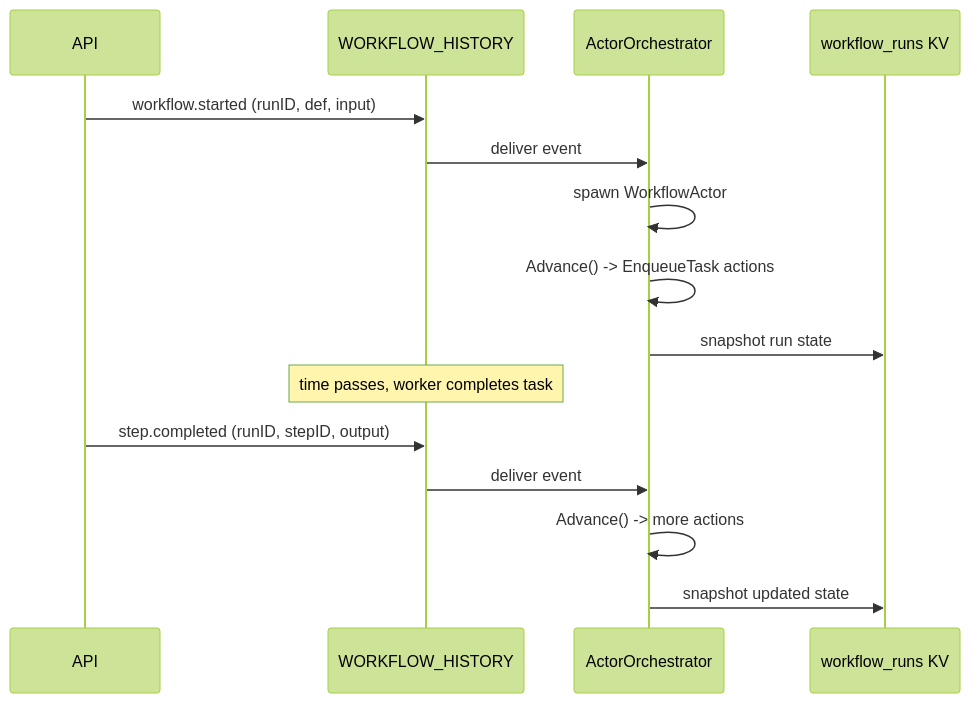
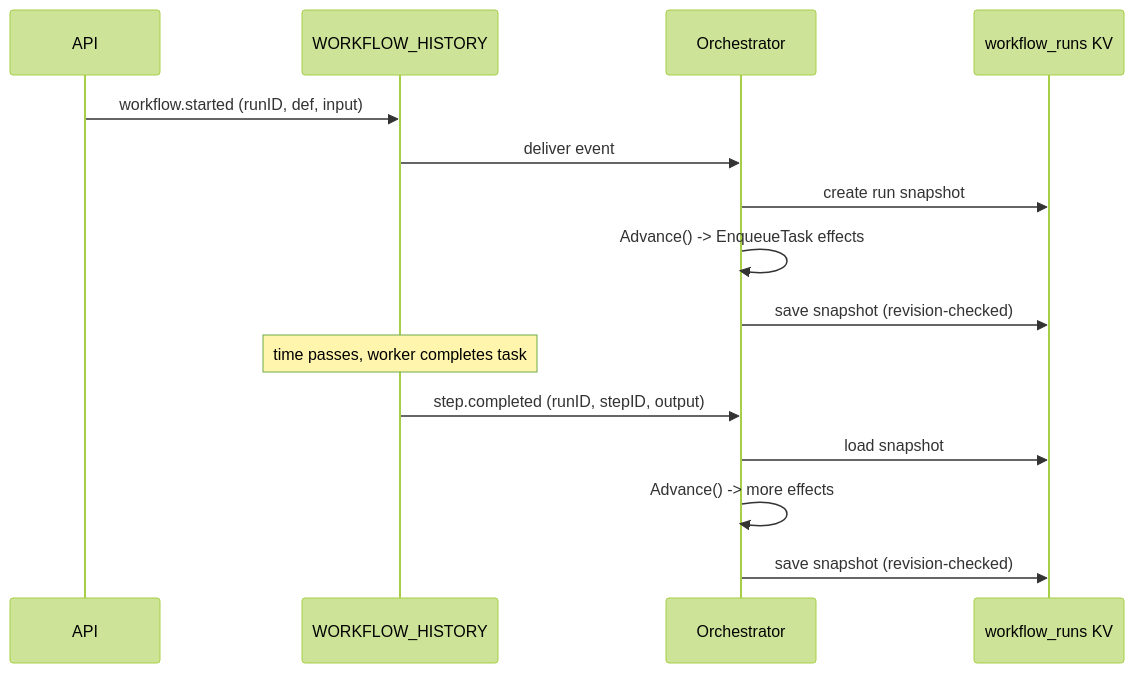
One commit to danmestas/dagnats changed the first of 2 diagrams in docs/site/content/docs/architecture/event-sourcing-model.md. Above: the diagram before and after it, drawn with Mermaid (forest theme). The commit also changed other lines of this file and 16 other files, not shown here.

````diff
--- a/docs/site/content/docs/architecture/event-sourcing-model.md
+++ b/docs/site/content/docs/architecture/event-sourcing-model.md
@@ -20,20 +18,20 @@
 ```mermaid
 sequenceDiagram
     participant API as API
     participant Stream as WORKFLOW_HISTORY
-    participant Engine as ActorOrchestrator
+    participant Engine as Orchestrator
     participant KV as workflow_runs KV
 
     API->>Stream: workflow.started (runID, def, input)
     Stream->>Engine: deliver event
-    Engine->>Engine: spawn WorkflowActor
-    Engine->>Engine: Advance() -> EnqueueTask actions
-    Engine->>KV: snapshot run state
+    Engine->>KV: create run snapshot
+    Engine->>Engine: Advance() -> EnqueueTask effects
+    Engine->>KV: save snapshot (revision-checked)
 
     Note over Stream: time passes, worker completes task
 
-    API->>Stream: step.completed (runID, stepID, output)
-    Stream->>Engine: deliver event
-    Engine->>Engine: Advance() -> more actions
-    Engine->>KV: snapshot updated state
+    Stream->>Engine: step.completed (runID, stepID, output)
+    Engine->>KV: load snapshot
+    Engine->>Engine: Advance() -> more effects
+    Engine->>KV: save snapshot (revision-checked)
 ```
````
